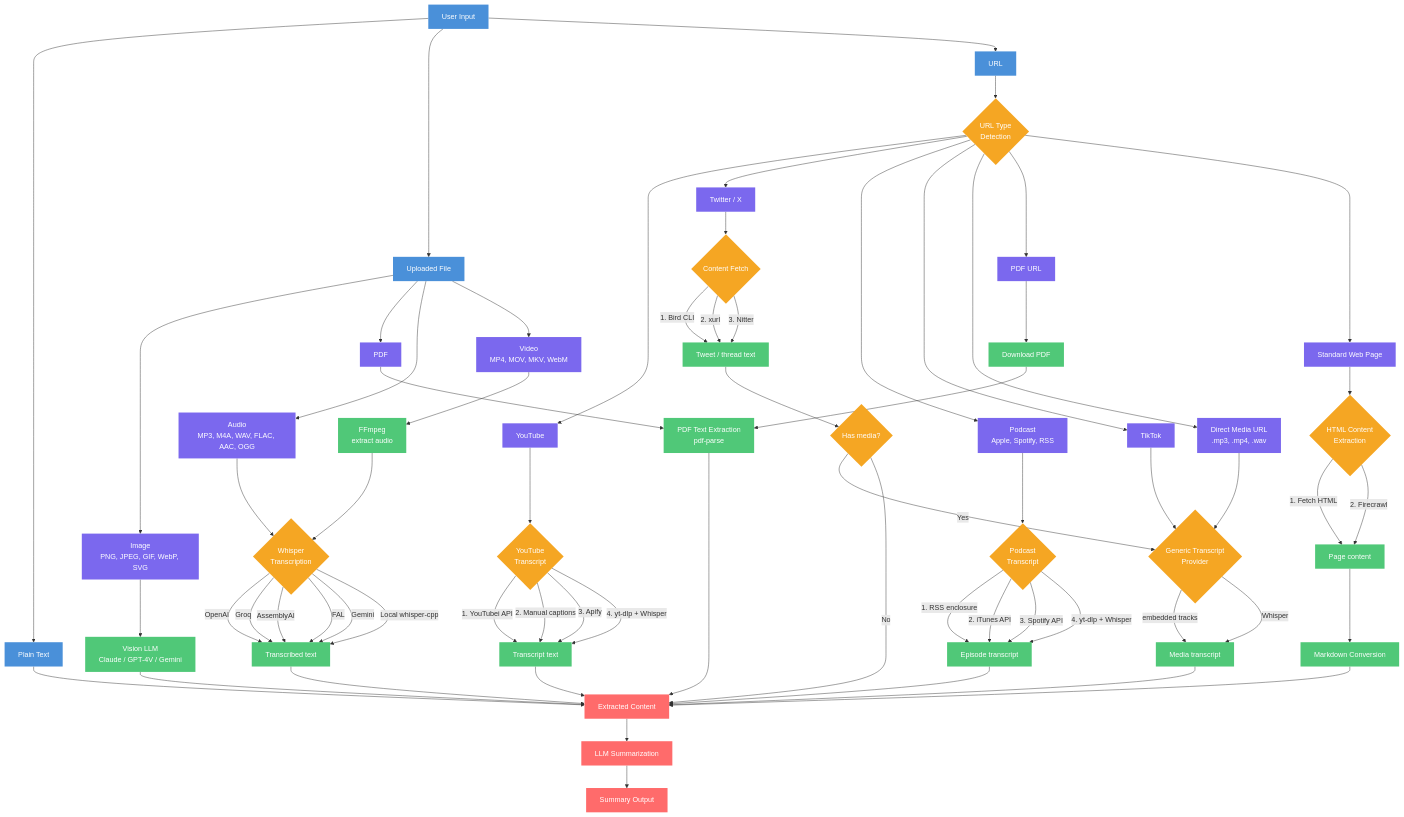
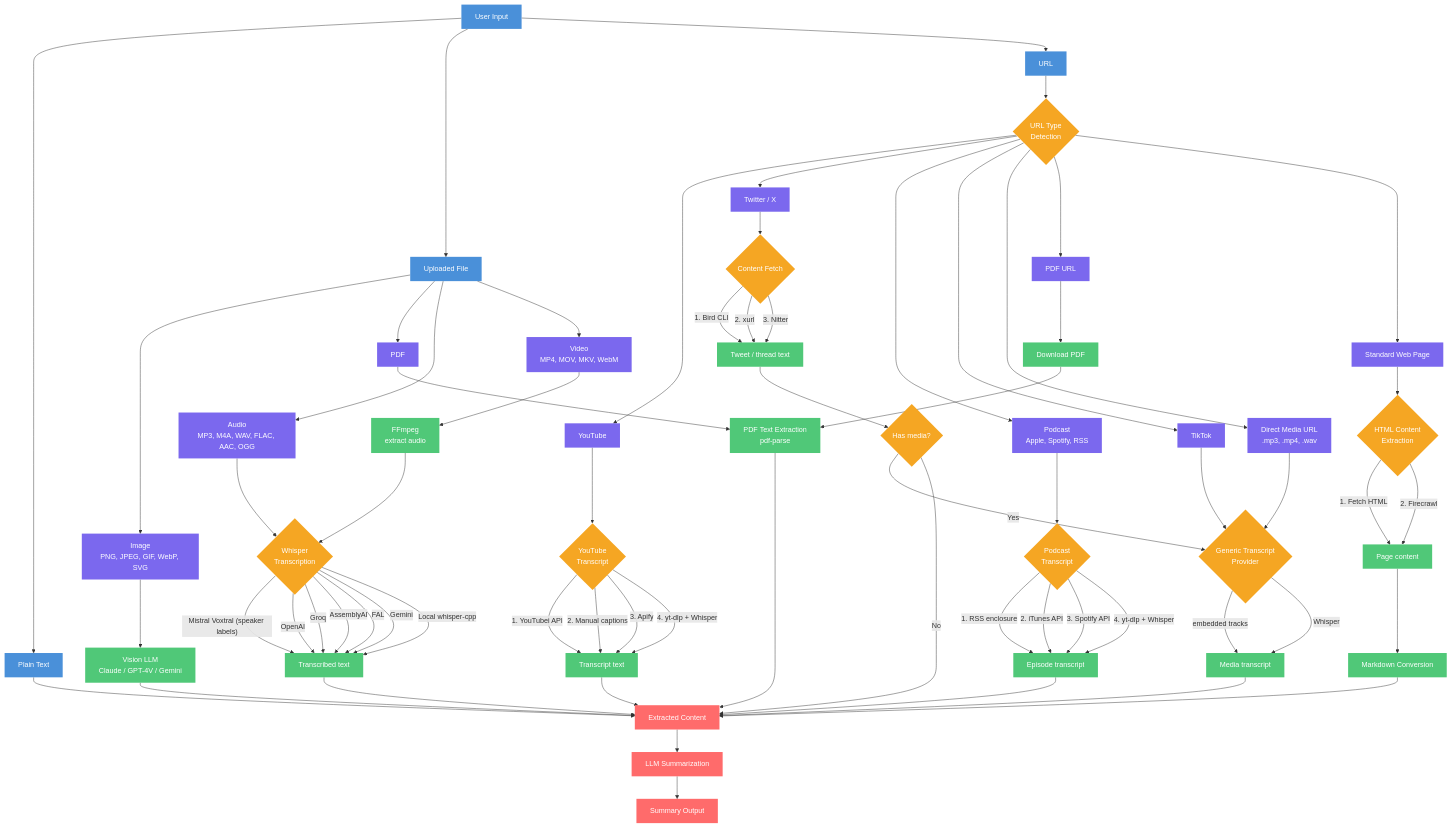
Before and after one commit to perelin/summarize: the diagram in docs/pipeline-diagram.md, drawn with Mermaid. The commit also changed 5 other files, not shown here.

First line of the commit message:
docs: document Mistral-first transcription chain and speaker diarization

```diff
--- a/docs/pipeline-diagram.md
+++ b/docs/pipeline-diagram.md
@@ -68,6 +68,7 @@
     HTML_OK --> MD["Markdown Conversion"]
 
     WHISPER{"Whisper\nTranscription"}
+    WHISPER -->|"Mistral Voxtral (speaker labels)"| W_OK
     WHISPER -->|"OpenAI"| W_OK
     WHISPER -->|"Groq"| W_OK
     WHISPER -->|"AssemblyAI"| W_OK
```
